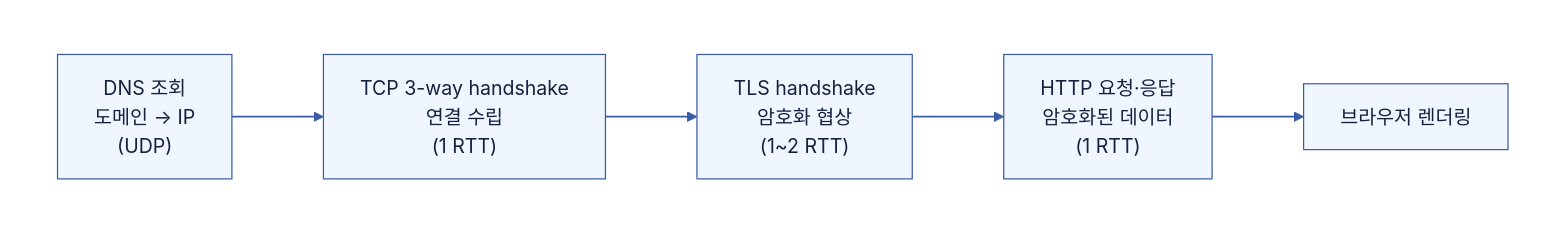
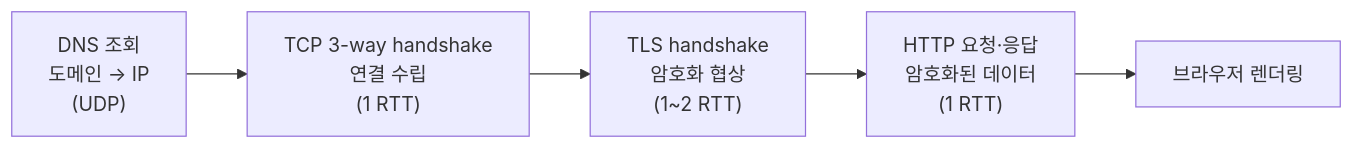
The fifth of 5 diagrams in computer-science/2607-network-fundamentals.md (Hyune-s-lab/my-ai-study), drawn with Mermaid before and after one commit. The commit also changed other lines of this file and 49 other files, not shown here.

Commit message:
docs: 단순 다이어그램은 Mermaid로, 복잡한 배치는 SVG로 정리

````diff
--- a/computer-science/2607-network-fundamentals.md
+++ b/computer-science/2607-network-fundamentals.md
@@ -261,20 +202,13 @@
 ```mermaid
 flowchart LR
-%%{init: {"theme": "base", "darkMode": false, "themeVariables": {"background": "#ffffff", "primaryColor": "#EFF6FF", "primaryTextColor": "#16213E", "primaryBorderColor": "#3B5BA5", "secondaryColor": "#F0FDF4", "tertiaryColor": "#FAF5FF", "lineColor": "#3B5BA5", "textColor": "#16213E", "edgeLabelBackground": "#ffffff", "clusterBkg": "#F8FAFC", "clusterBorder": "#CBD5E1"}}}%%
-  subgraph canvas[" "]
-    direction LR
-    DNS["DNS 조회<br/>도메인 → IP<br/>(UDP)"]
-    TCP["TCP 3-way handshake<br/>연결 수립<br/>(1 RTT)"]
-    TLS["TLS handshake<br/>암호화 협상<br/>(1~2 RTT)"]
-    HTTP["HTTP 요청·응답<br/>암호화된 데이터<br/>(1 RTT)"]
-    RENDER["브라우저 렌더링"]
-    DNS --> TCP --> TLS --> HTTP --> RENDER
-  end
-  style canvas fill:#ffffff,stroke:#ffffff,color:#111827
-  linkStyle default stroke:#3B5BA5,stroke-width:1.5px
-  classDef app fill:#EFF6FF,stroke:#3B5BA5,stroke-width:1px,color:#16213E
-  class DNS,TCP,TLS,HTTP,RENDER app
-  classDef db fill:#F0FDF4,stroke:#3F8E55,stroke-width:1px,color:#16213E
-  classDef policy fill:#FAF5FF,stroke:#A855F7,stroke-width:1px,color:#16213E
-  classDef worker fill:#FFF7ED,stroke:#C98A2B,stroke-width:1px,color:#16213E
+%%{init: {"flowchart": {"curve": "stepAfter", "wrappingWidth": 400}}}%%
+  n_DNS["DNS 조회<br/>도메인 → IP<br/>(UDP)"]
+  n_TCP["TCP 3-way handshake<br/>연결 수립<br/>(1 RTT)"]
+  n_TLS["TLS handshake<br/>암호화 협상<br/>(1~2 RTT)"]
+  n_HTTP["HTTP 요청·응답<br/>암호화된 데이터<br/>(1 RTT)"]
+  n_RENDER["브라우저 렌더링"]
+  n_DNS --> n_TCP
+  n_TCP --> n_TLS
+  n_TLS --> n_HTTP
+  n_HTTP --> n_RENDER
 ```
````
